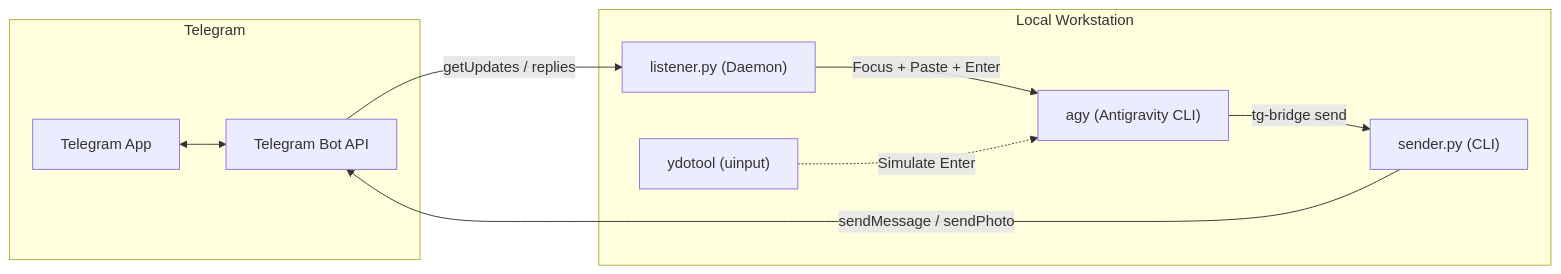
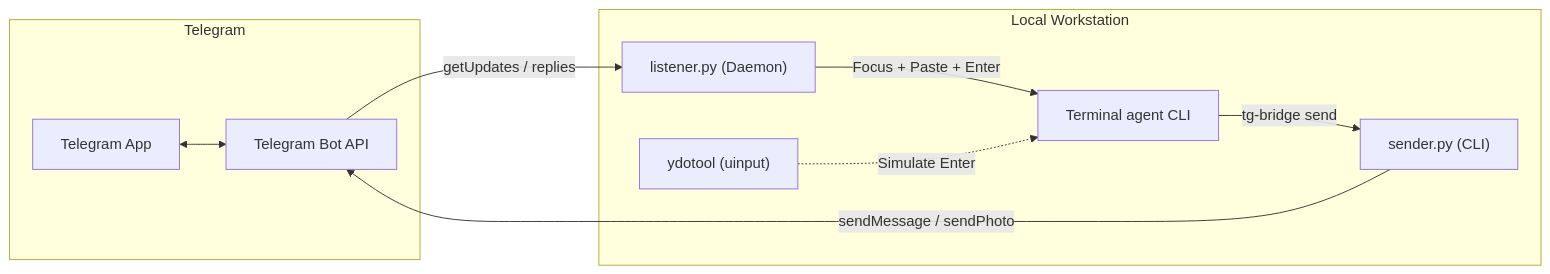
The diagram in README.md (jendermine/tg-bridge), drawn with Mermaid before and after one commit. The commit also changed other lines of this file, not shown here.

First line of the commit message:
docs: lead the README with the hotline, drop the Antigravity branding

````diff
--- a/README.md
+++ b/README.md
@@ -24,21 +51,21 @@
 ```mermaid
 flowchart LR
     subgraph Telegram["Telegram"]
         Phone["Telegram App"]
         Bot["Telegram Bot API"]
         Phone <--> Bot
     end
 
     subgraph System["Local Workstation"]
         Listener["listener.py (Daemon)"]
         Sender["sender.py (CLI)"]
         YDoTool["ydotool (uinput)"]
-        Agy["agy (Antigravity CLI)"]
+        Agent["Terminal agent CLI"]
 
         Bot -->|getUpdates / replies| Listener
-        Listener -->|Focus + Paste + Enter| Agy
-        Agy -->|tg-bridge send| Sender
+        Listener -->|Focus + Paste + Enter| Agent
+        Agent -->|tg-bridge send| Sender
         Sender -->|sendMessage / sendPhoto| Bot
-        YDoTool -.->|Simulate Enter| Agy
+        YDoTool -.->|Simulate Enter| Agent
     end
 ```
````
